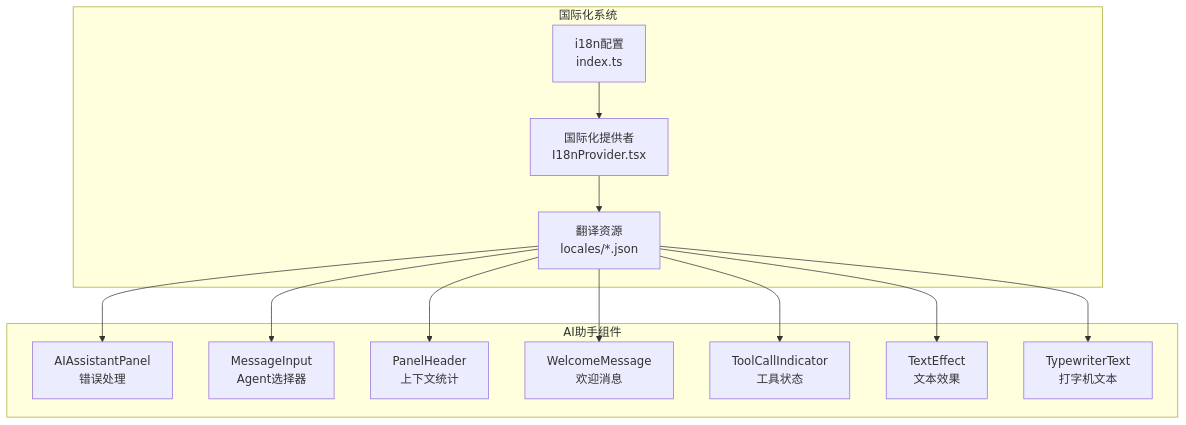
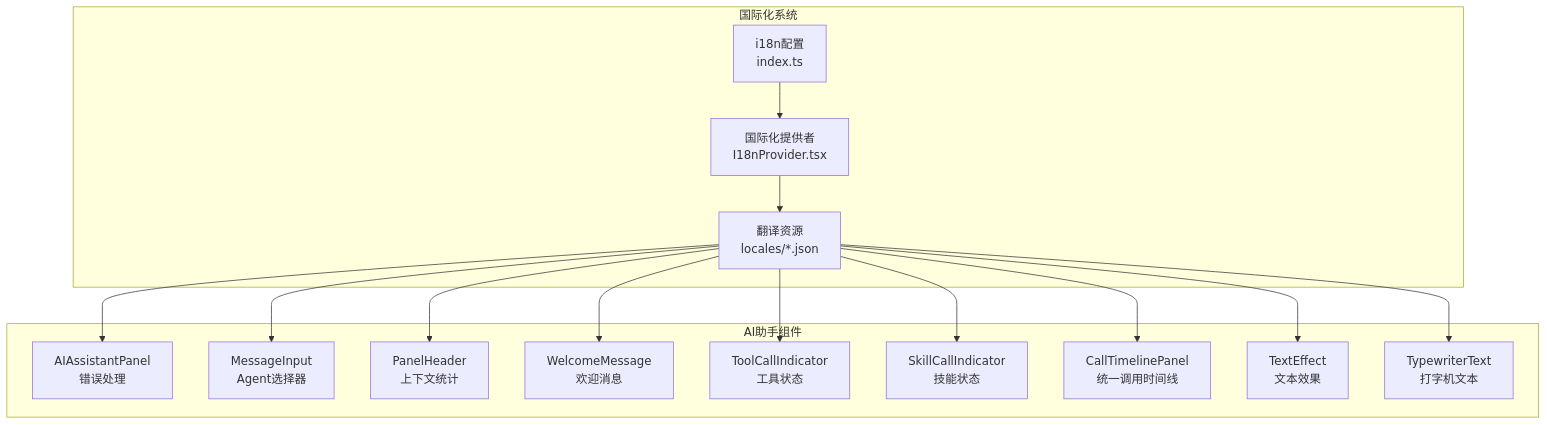
One commit to KunLabAI/KunFlix changed diagram 15 of 16 in .qoder/repowiki/zh/content/系统架构/前端架构/组件架构/AI助手组件/AI助手组件.md. Above: the diagram before and after it, drawn with Mermaid. The commit also changed other lines of this file and 18 other files, not shown here.

````diff
--- a/.qoder/repowiki/zh/content/系统架构/前端架构/组件架构/AI助手组件/AI助手组件.md
+++ b/.qoder/repowiki/zh/content/系统架构/前端架构/组件架构/AI助手组件/AI助手组件.md
@@ -644,26 +703,30 @@
 ```mermaid
 graph TB
 subgraph "国际化系统"
 A["i18n配置<br/>index.ts"]
 B["国际化提供者<br/>I18nProvider.tsx"]
 C["翻译资源<br/>locales/*.json"]
 end
 subgraph "AI助手组件"
 D["AIAssistantPanel<br/>错误处理"]
 E["MessageInput<br/>Agent选择器"]
 F["PanelHeader<br/>上下文统计"]
 G["WelcomeMessage<br/>欢迎消息"]
 H["ToolCallIndicator<br/>工具状态"]
-I["TextEffect<br/>文本效果"]
-J["TypewriterText<br/>打字机文本"]
+I["SkillCallIndicator<br/>技能状态"]
+J["CallTimelinePanel<br/>统一调用时间线"]
+K["TextEffect<br/>文本效果"]
+L["TypewriterText<br/>打字机文本"]
 end
 A --> B
 B --> C
 C --> D
 C --> E
 C --> F
 C --> G
 C --> H
 C --> I
 C --> J
+C --> K
+C --> L
 ```
````
